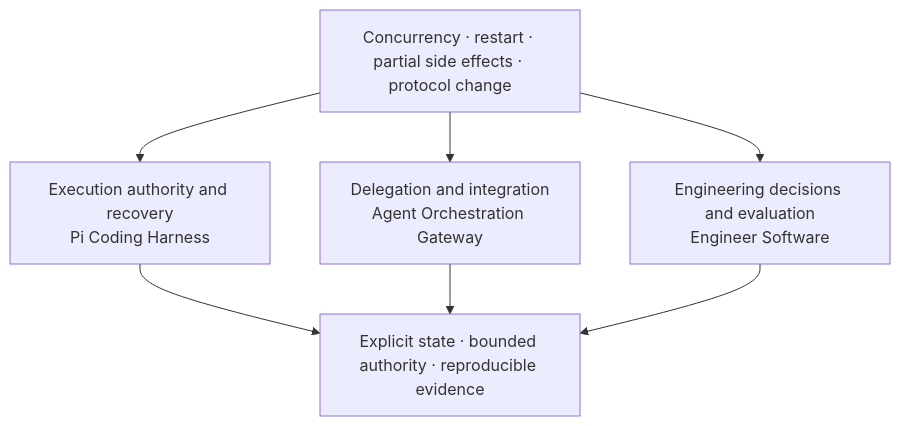
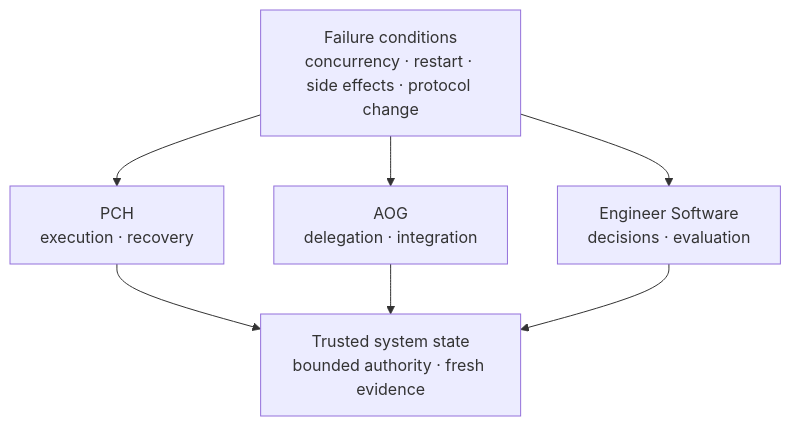
The diagram in README.md (KirschBluteX/KirschBluteX), drawn with Mermaid before and after one commit. The commit also changed 1 other file, not shown here.

Commit message:
docs: improve profile diagram readability

````diff
--- a/README.md
+++ b/README.md
@@ -17,10 +17,10 @@
 ```mermaid
 flowchart TD
-  F["Concurrency · restart · partial side effects · protocol change"]
-  F --> P["Execution authority and recovery<br/>Pi Coding Harness"]
-  F --> A["Delegation and integration<br/>Agent Orchestration Gateway"]
-  F --> E["Engineering decisions and evaluation<br/>Engineer Software"]
-  P --> R["Explicit state · bounded authority · reproducible evidence"]
+  F["Failure conditions<br/>concurrency · restart · side effects · protocol change"]
+  F --> P["PCH<br/>execution · recovery"]
+  F --> A["AOG<br/>delegation · integration"]
+  F --> E["Engineer Software<br/>decisions · evaluation"]
+  P --> R["Trusted system state<br/>bounded authority · fresh evidence"]
   A --> R
   E --> R
 ```
````
